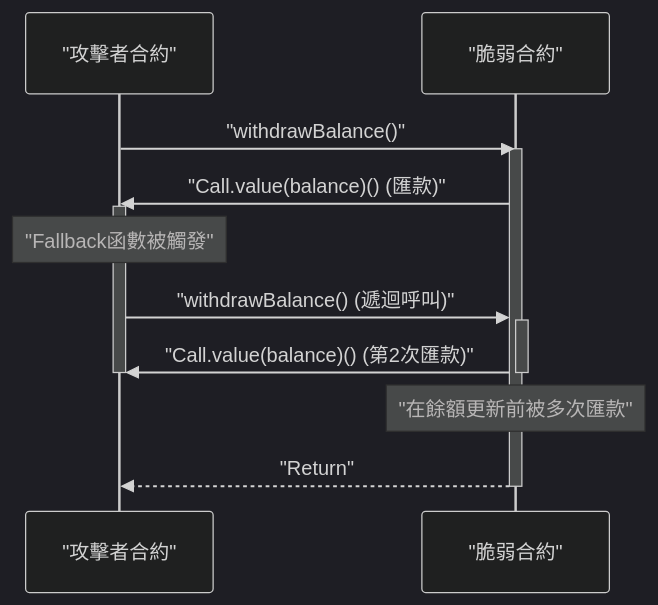
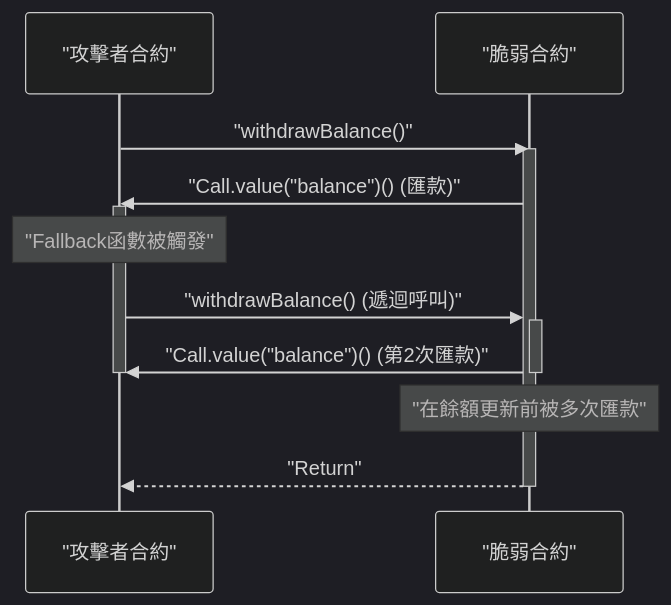
Before and after one commit to kenjinote/blog: the second of 2 diagrams in content/post/blockchain-technology-smart-contract-distributed-ledger/index.zh-tw.md, drawn with Mermaid (dark theme). The commit also changed 929 other files, not shown here.

Commit message:
fix: Add double quotes to all Mermaid node texts to resolve syntax errors

````diff
--- a/content/post/blockchain-technology-smart-contract-distributed-ledger/index.zh-tw.md
+++ b/content/post/blockchain-technology-smart-contract-distributed-ledger/index.zh-tw.md
@@ -185,19 +185,19 @@
 ```mermaid
 sequenceDiagram
     participant A as "攻擊者合約"
     participant V as "脆弱合約"
 
     A->>V: "withdrawBalance()"
     activate V
-    V->>A: "Call.value(balance)() (匯款)"
+    V->>A: "Call.value("balance")() (匯款)"
     activate A
     Note over A: "Fallback函數被觸發"
     A->>V: "withdrawBalance() (遞迴呼叫)"
     activate V
-    V->>A: "Call.value(balance)() (第2次匯款)"
+    V->>A: "Call.value("balance")() (第2次匯款)"
     deactivate V
     deactivate A
     Note over V: "在餘額更新前被多次匯款"
     V-->>A: "Return"
     deactivate V
 ```
````
